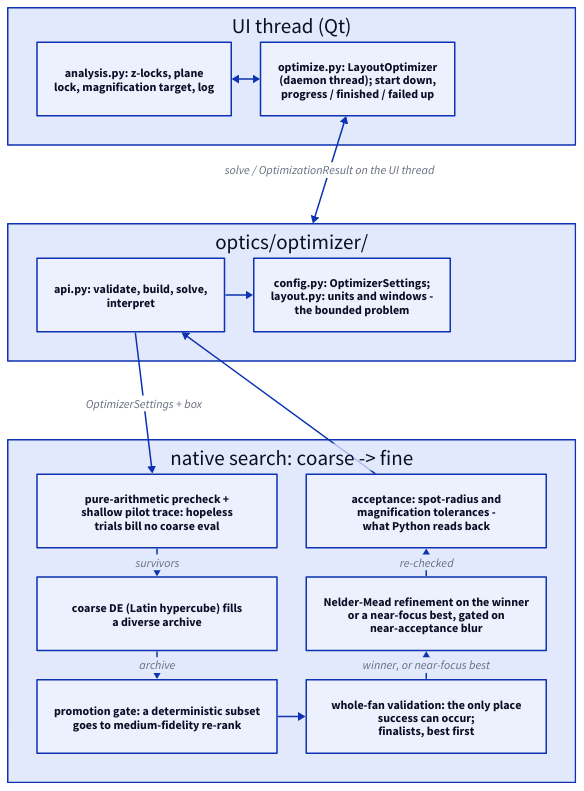
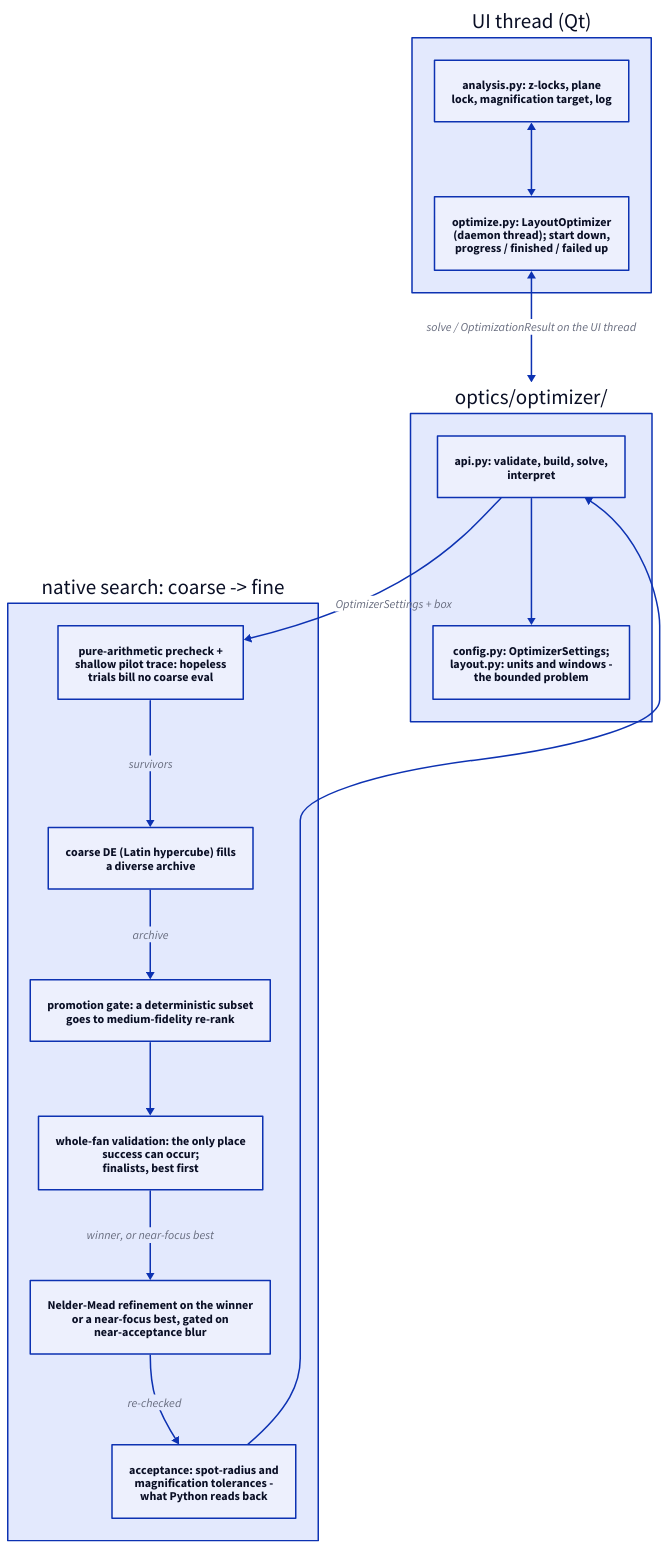
Before and after one commit to propane865/OpticsSimulator: the diagram in docs/diagrams/optimization-loop.d2, drawn with D2. The commit also changed 14 other files, not shown here.

Commit message:
docs: update diagrams to be cleaner, include diagram regenerator script

```diff
--- a/docs/diagrams/optimization-loop.d2
+++ b/docs/diagrams/optimization-loop.d2
@@ -1,41 +1,37 @@
-grid-rows: 3
-grid-gap: 105
+direction: down
 
 ui: "UI thread (Qt)" {
-  grid-columns: 2
-  grid-gap: 39
+  direction: right
   ed: "analysis.py: z-locks, plane\nlock, magnification target, log"
   work: "optimize.py: LayoutOptimizer\n(daemon thread); start down,\nprogress / finished / failed up"
 
   ed <-> work
 }
 
 py: "optics/optimizer/" {
-  grid-columns: 2
-  grid-gap: 39
+  direction: right
   api: "api.py: validate, build, solve,\ninterpret"
   build: "config.py: OptimizerSettings;\nlayout.py: units and windows -\nthe bounded problem"
 
   api -> build
 }
 
 nat: "native search: coarse -> fine" {
-  grid-columns: 2
-  grid-gap: 39
+  direction: right
   gate: "pure-arithmetic precheck +\nshallow pilot trace: hopeless\ntrials bill no coarse eval"
   coarse: "coarse DE (Latin hypercube) fills\na diverse archive"
   med: "promotion gate: a deterministic subset\ngoes to medium-fidelity re-rank"
   acc: "acceptance: spot-radius and\nmagnification tolerances -\nwhat Python reads back"
   polish: "Nelder-Mead refinement on the winner\nor a near-focus best, gated on\nnear-acceptance blur"
   val: "whole-fan validation: the only place\nsuccess can occur;\nfinalists, best first"
 
   gate -> coarse: survivors
   coarse -> med: archive
   med -> val
   val -> polish: "winner, or near-focus best"
   polish -> acc: re-checked
 }
 
 ui.work <-> py: "solve  /  OptimizationResult on the UI thread"
 py.api -> nat.gate: "OptimizerSettings + box"
 nat.acc -> py.api
```
